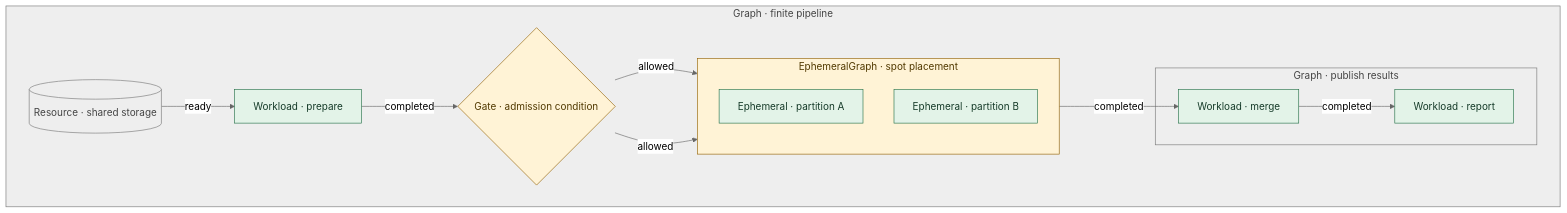
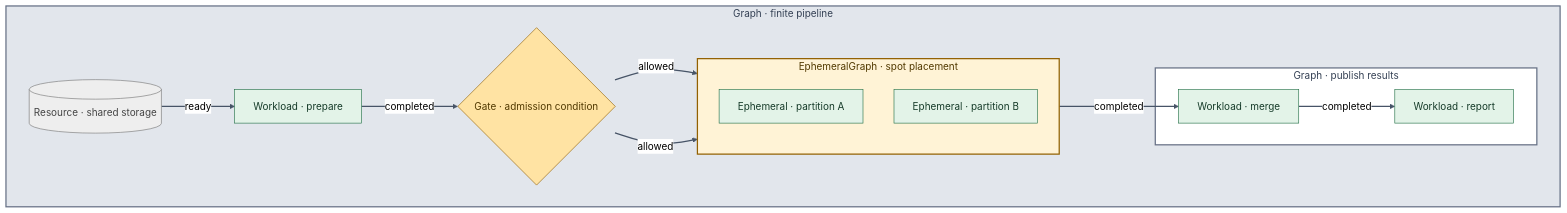
Before and after one commit to astrivant/polyad: the fifth of 6 diagrams in README.md, drawn with Mermaid (neutral theme).

````diff
--- a/README.md
+++ b/README.md
@@ -144,33 +144,34 @@
 ```mermaid
 flowchart LR
     subgraph pipeline["Graph · finite pipeline"]
         direction LR
         storage[("Resource · shared storage")]
         prepare["Workload · prepare"]
         gate{"Gate · admission condition"}
         subgraph workers["EphemeralGraph · spot placement"]
             direction TB
             left["Ephemeral · partition A"]
             right["Ephemeral · partition B"]
         end
         subgraph publish["Graph · publish results"]
             merge["Workload · merge"]
             report["Workload · report"]
             merge -->|completed| report
         end
         storage -->|ready| prepare
         prepare -->|completed| gate
         gate -->|allowed| left
         gate -->|allowed| right
         workers -->|completed| merge
     end
     classDef execution fill:#e3f3e8,stroke:#247047,color:#163b29
-    classDef constraint fill:#fff3d6,stroke:#926000,color:#513900
+    classDef constraint fill:#ffe3a3,stroke:#926000,color:#513900
     classDef resource fill:#eeeeee,stroke:#777777,color:#444444
     class prepare,left,right,merge,report execution
     class gate constraint
     class storage resource
-    style pipeline fill:#eeeeee,stroke:#777777,color:#444444
-    style workers fill:#fff3d6,stroke:#926000,color:#513900
-    style publish fill:#eeeeee,stroke:#777777,color:#444444
+    style pipeline fill:#e2e6ec,stroke:#667085,stroke-width:2px,color:#344054
+    style workers fill:#fff3d6,stroke:#926000,stroke-width:2px,color:#513900
+    style publish fill:#ffffff,stroke:#667085,stroke-width:2px,color:#344054
+    linkStyle default stroke:#475467,stroke-width:2px
 ```
````
